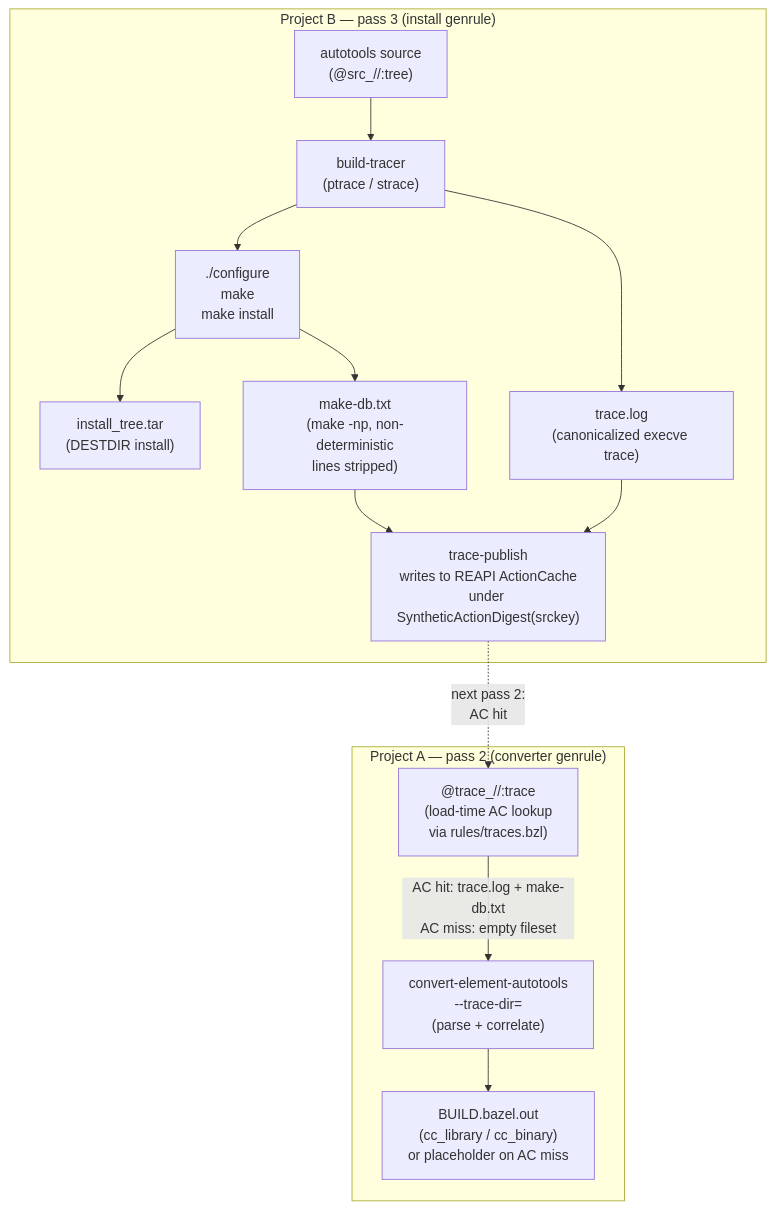
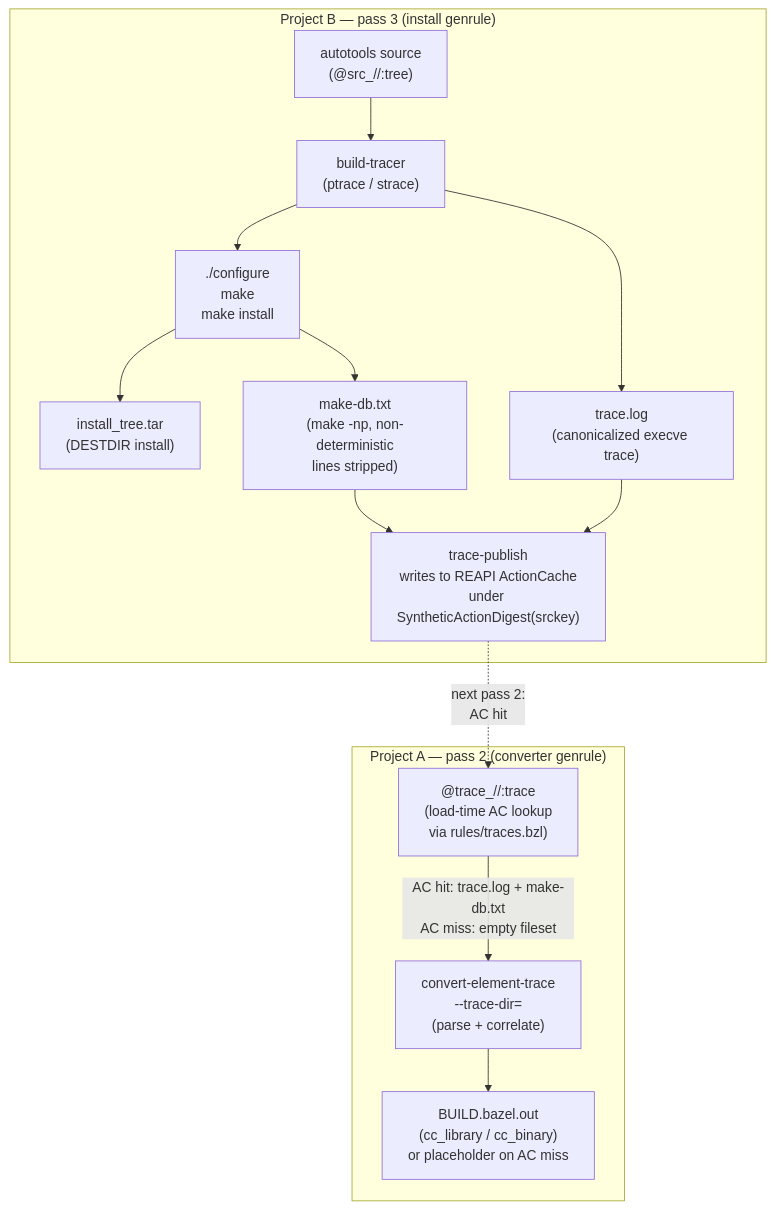
One commit to sstriker/buildstream-bazel changed the fifth of 14 diagrams in docs/visual-guide.md. Above: the diagram before and after it, drawn with Mermaid. The commit also changed other lines of this file and 49 other files, not shown here.

````diff
--- a/docs/visual-guide.md
+++ b/docs/visual-guide.md
@@ -165,28 +165,28 @@
 ```mermaid
 flowchart TB
     subgraph PA2["Project A — pass 2 (converter genrule)"]
         TRACELOOKUP["@trace_<elem>//:trace\n(load-time AC lookup\nvia rules/traces.bzl)"]
-        CEA2["convert-element-autotools\n--trace-dir=<staged>\n(parse + correlate)"]
+        CEA2["convert-element-trace\n--trace-dir=<staged>\n(parse + correlate)"]
         BUILD_OUT["BUILD.bazel.out\n(cc_library / cc_binary)\nor placeholder on AC miss"]
     end
 
     subgraph PB2["Project B — pass 3 (install genrule)"]
         SRC2["autotools source\n(@src_<key>//:tree)"]
         BT2["build-tracer\n(ptrace / strace)"]
         CONFIGURE["./configure\nmake\nmake install"]
         INSTREE["install_tree.tar\n(DESTDIR install)"]
         MAKEDB["make-db.txt\n(make -np, non-deterministic\nlines stripped)"]
         TRACELOG["trace.log\n(canonicalized execve trace)"]
         TP2["trace-publish\nwrites to REAPI ActionCache\nunder SyntheticActionDigest(srckey)"]
     end
 
     TRACELOOKUP -- "AC hit: trace.log + make-db.txt\nAC miss: empty fileset" --> CEA2
     CEA2 --> BUILD_OUT
     SRC2 --> BT2
     BT2 --> CONFIGURE
     CONFIGURE --> INSTREE & MAKEDB
     BT2 --> TRACELOG
     TRACELOG --> TP2
     MAKEDB --> TP2
     TP2 -. "next pass 2:\nAC hit" .-> TRACELOOKUP
 ```
````
